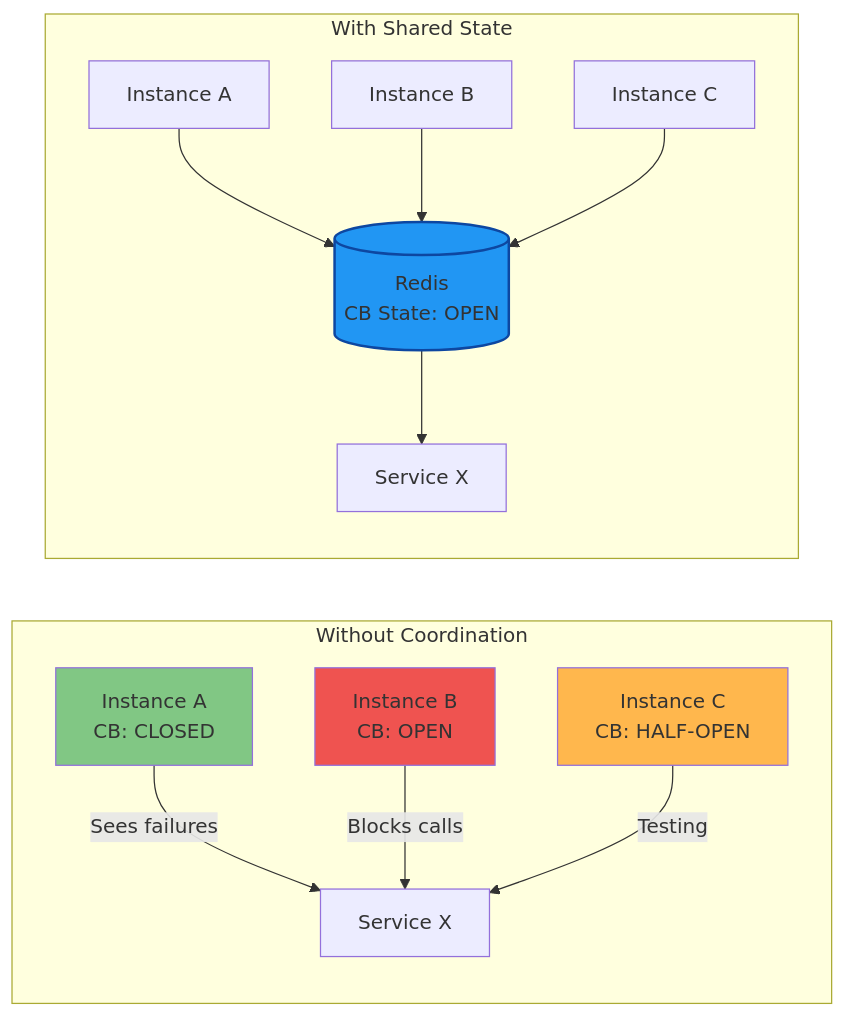
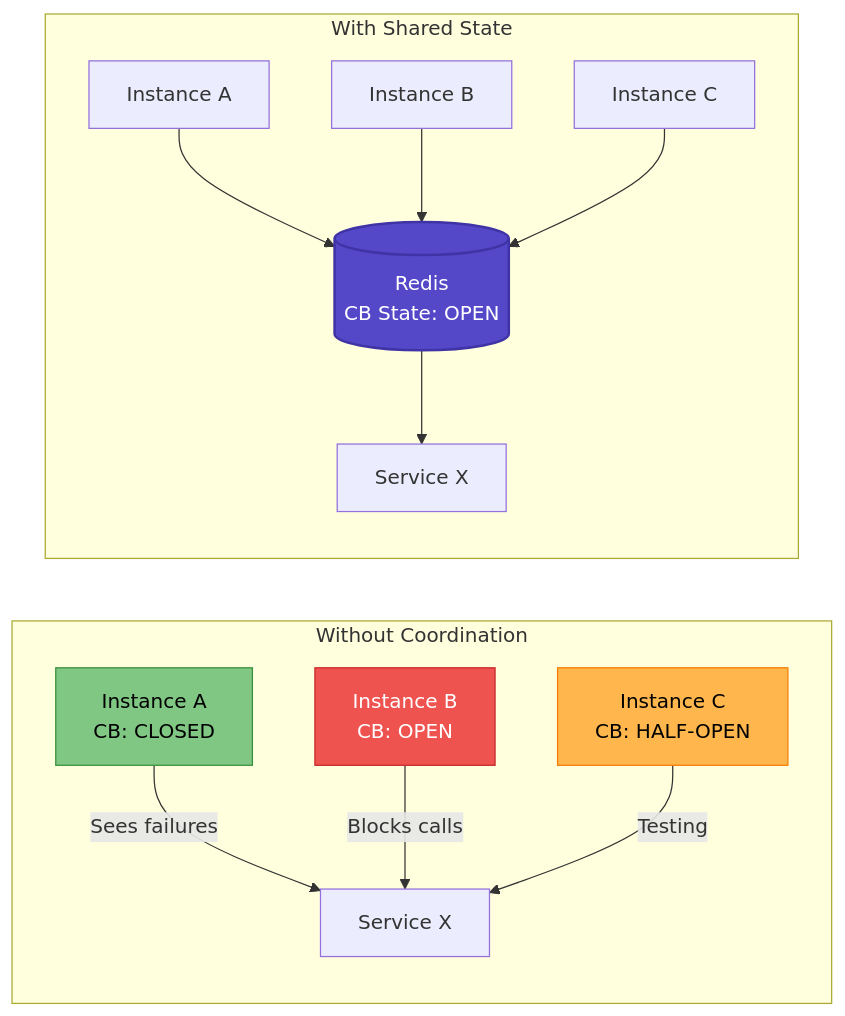
Before and after one commit to deepaucksharma/DStudio: the eighth of 14 diagrams in docs/patterns/circuit-breaker.md, drawn with Mermaid. The commit also changed other lines of this file and 43 other files, not shown here.

````diff
--- a/docs/patterns/circuit-breaker.md
+++ b/docs/patterns/circuit-breaker.md
@@ -659,20 +760,24 @@
 ```mermaid
 graph LR
     subgraph "Without Coordination"
         A1[Instance A<br/>CB: CLOSED] -->|Sees failures| S1[Service X]
         A2[Instance B<br/>CB: OPEN] -->|Blocks calls| S1
         A3[Instance C<br/>CB: HALF-OPEN] -->|Testing| S1
     end
     
     subgraph "With Shared State"
         B1[Instance A] --> RS[(Redis<br/>CB State: OPEN)]
         B2[Instance B] --> RS
         B3[Instance C] --> RS
         RS --> S2[Service X]
     end
     
-    style A1 fill:#81c784
-    style A2 fill:#ef5350
-    style A3 fill:#ffb74d
-    style RS fill:#2196f3,stroke:#0d47a1,stroke-width:2px
+    classDef healthy fill:#81c784,stroke:#388e3c,color:#000
+    classDef failing fill:#ef5350,stroke:#c62828,color:#fff
+    classDef degraded fill:#ffb74d,stroke:#f57c00,color:#000
+    classDef resource fill:#5448C8,stroke:#3f33a6,stroke-width:2px,color:#fff
+    class A1 healthy
+    class A2 failing
+    class A3 degraded
+    class RS resource
 ```
````
